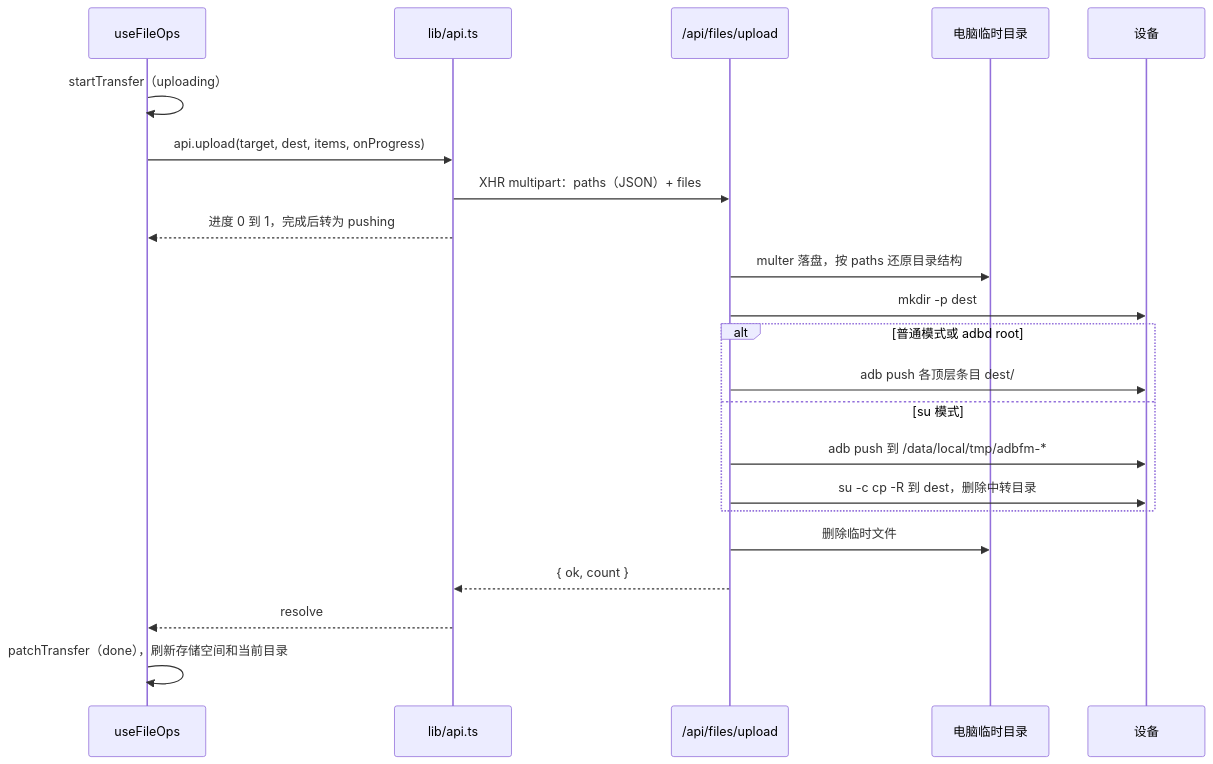
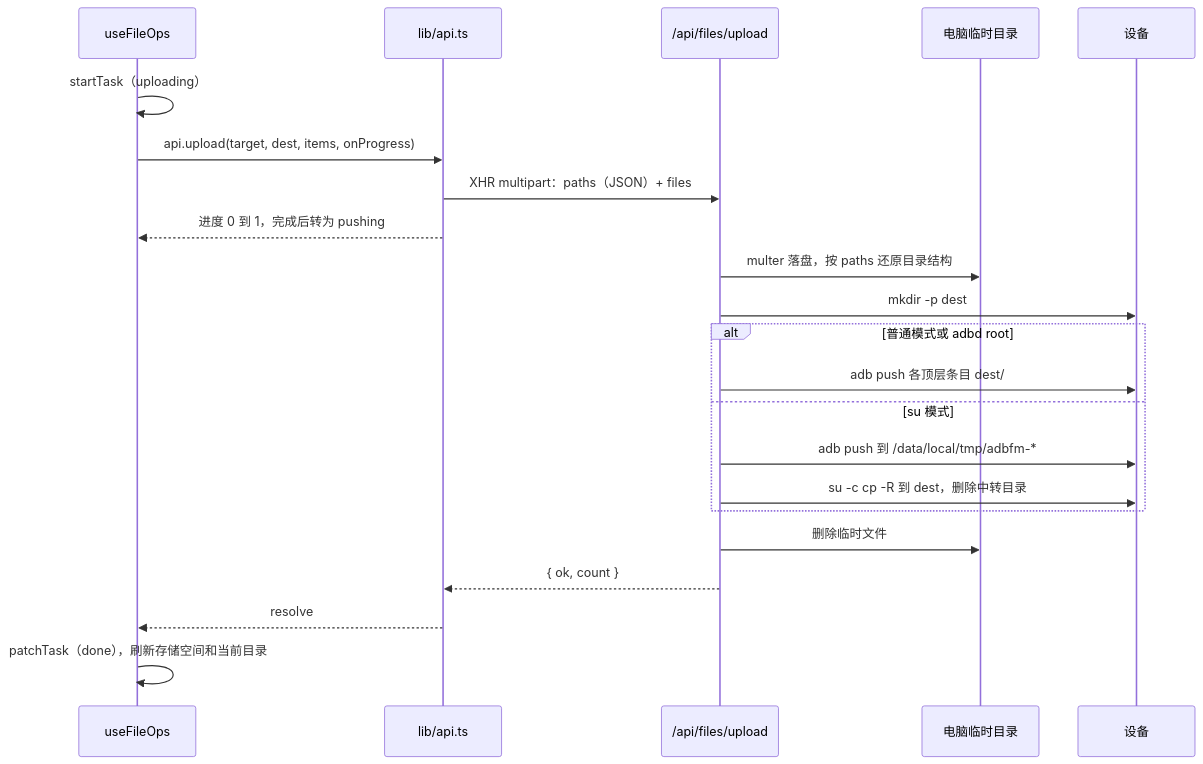
Before and after one commit to wynnyu/adb-file-manager: the ninth of 12 diagrams in docs/architecture.md, drawn with Mermaid. The commit also changed other lines of this file and 20 other files, not shown here.

Commit message:
Rename the transfer queue to a generic task queue

````diff
--- a/docs/architecture.md
+++ b/docs/architecture.md
@@ -443,24 +443,24 @@
 ```mermaid
 sequenceDiagram
   participant F as useFileOps
   participant A as lib/api.ts
   participant S as /api/files/upload
   participant T as 电脑临时目录
   participant P as 设备
-  F->>F: startTransfer（uploading）
+  F->>F: startTask（uploading）
   F->>A: api.upload(target, dest, items, onProgress)
   A->>S: XHR multipart：paths（JSON）+ files
   A-->>F: 进度 0 到 1，完成后转为 pushing
   S->>T: multer 落盘，按 paths 还原目录结构
   S->>P: mkdir -p dest
   alt 普通模式或 adbd root
     S->>P: adb push 各顶层条目 dest/
   else su 模式
     S->>P: adb push 到 /data/local/tmp/adbfm-*
     S->>P: su -c cp -R 到 dest，删除中转目录
   end
   S->>T: 删除临时文件
   S-->>A: { ok, count }
   A-->>F: resolve
-  F->>F: patchTransfer（done），刷新存储空间和当前目录
+  F->>F: patchTask（done），刷新存储空间和当前目录
 ```
````
